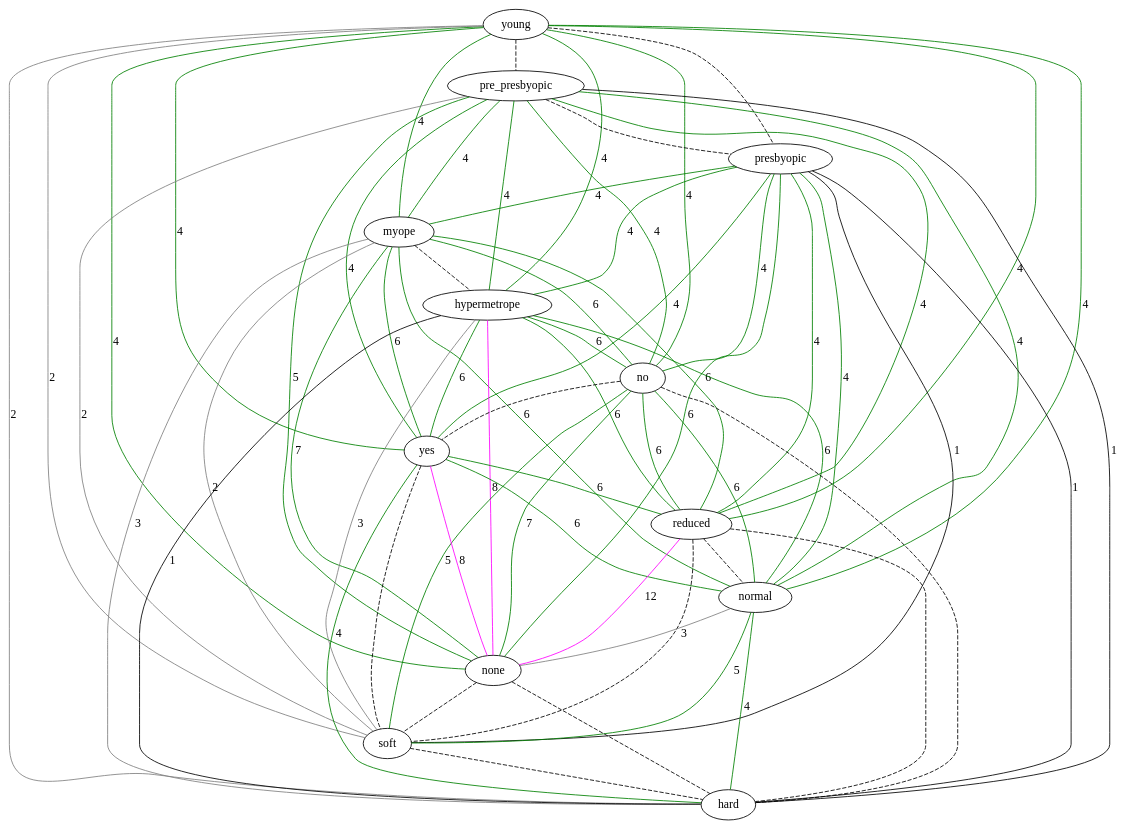
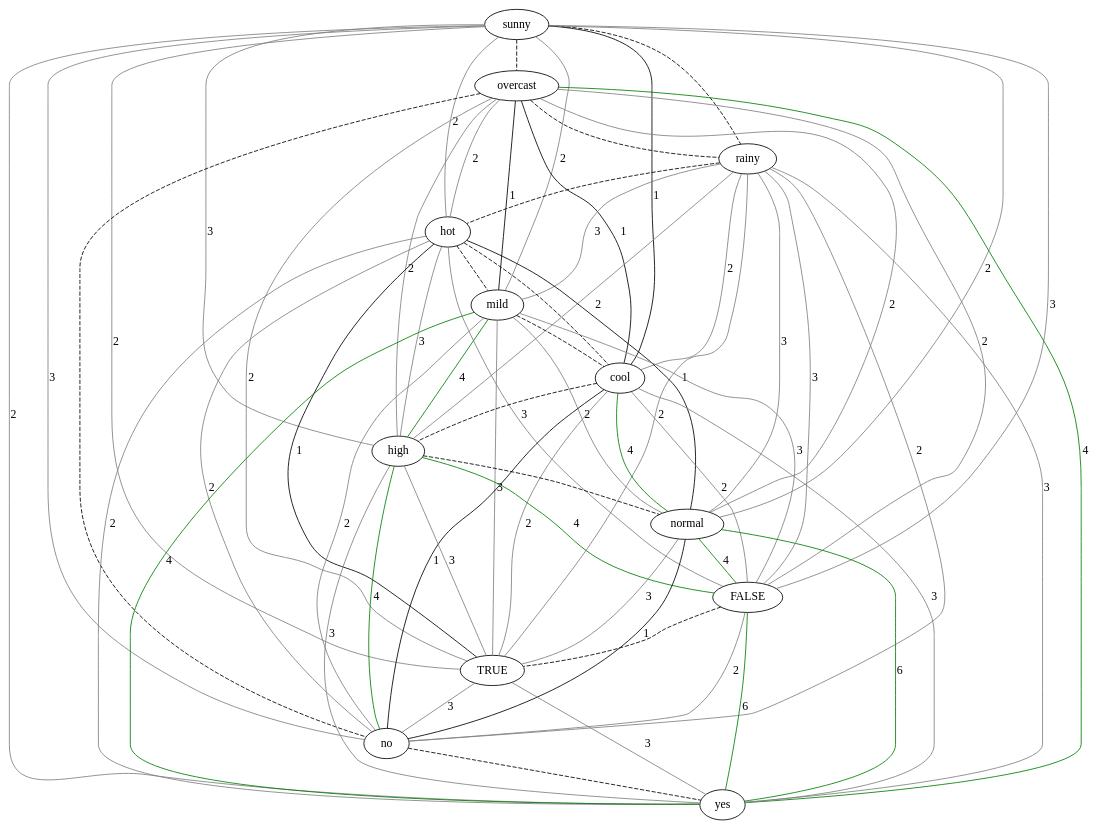
The diagram in src/extension/exponentialGraph.dot (lrodrin/TFG), drawn with Graphviz before and after one commit. The commit also changed 8 other files, not shown here.

```diff
--- a/src/extension/exponentialGraph.dot
+++ b/src/extension/exponentialGraph.dot
@@ -1,80 +1,80 @@
 strict graph "" {
-young;
-pre_presbyopic;
-presbyopic;
-myope;
-hypermetrope;
+sunny;
+overcast;
+rainy;
+hot;
+mild;
+cool;
+high;
+normal;
+FALSE;
+TRUE;
 no;
 yes;
-reduced;
-normal;
-none;
-soft;
-hard;
-young -- pre_presbyopic  [color=black, style=dashed];
-young -- presbyopic  [color=black, style=dashed];
-young -- myope  [color=green, label=4, style=solid];
-young -- hypermetrope  [color=green, label=4, style=solid];
-young -- no  [color=green, label=4, style=solid];
-young -- yes  [color=green, label=4, style=solid];
-young -- reduced  [color=green, label=4, style=solid];
-young -- normal  [color=green, label=4, style=solid];
-young -- none  [color=green, label=4, style=solid];
-young -- soft  [color=grey, label=2, style=solid];
-young -- hard  [color=grey, label=2, style=solid];
-pre_presbyopic -- presbyopic  [color=black, style=dashed];
-pre_presbyopic -- myope  [color=green, label=4, style=solid];
-pre_presbyopic -- hypermetrope  [color=green, label=4, style=solid];
-pre_presbyopic -- no  [color=green, label=4, style=solid];
-pre_presbyopic -- yes  [color=green, label=4, style=solid];
-pre_presbyopic -- reduced  [color=green, label=4, style=solid];
-pre_presbyopic -- normal  [color=green, label=4, style=solid];
-pre_presbyopic -- none  [color=green, label=5, style=solid];
-pre_presbyopic -- soft  [color=grey, label=2, style=solid];
-pre_presbyopic -- hard  [color=black, label=1, style=solid];
-presbyopic -- myope  [color=green, label=4, style=solid];
-presbyopic -- hypermetrope  [color=green, label=4, style=solid];
-presbyopic -- no  [color=green, label=4, style=solid];
-presbyopic -- yes  [color=green, label=4, style=solid];
-presbyopic -- reduced  [color=green, label=4, style=solid];
-presbyopic -- normal  [color=green, label=4, style=solid];
-presbyopic -- none  [color=green, label=6, style=solid];
-presbyopic -- soft  [color=black, label=1, style=solid];
-presbyopic -- hard  [color=black, label=1, style=solid];
-myope -- hypermetrope  [color=black, style=dashed];
-myope -- no  [color=green, label=6, style=solid];
-myope -- yes  [color=green, label=6, style=solid];
-myope -- reduced  [color=green, label=6, style=solid];
-myope -- normal  [color=green, label=6, style=solid];
-myope -- none  [color=green, label=7, style=solid];
-myope -- soft  [color=grey, label=2, style=solid];
-myope -- hard  [color=grey, label=3, style=solid];
-hypermetrope -- no  [color=green, label=6, style=solid];
-hypermetrope -- yes  [color=green, label=6, style=solid];
-hypermetrope -- reduced  [color=green, label=6, style=solid];
-hypermetrope -- normal  [color=green, label=6, style=solid];
-hypermetrope -- none  [color=magenta, label=8, style=solid];
-hypermetrope -- soft  [color=grey, label=3, style=solid];
-hypermetrope -- hard  [color=black, label=1, style=solid];
+sunny -- overcast  [color=black, style=dashed];
+sunny -- rainy  [color=black, style=dashed];
+sunny -- hot  [color=grey, label=2, style=solid];
+sunny -- mild  [color=grey, label=2, style=solid];
+sunny -- cool  [color=black, label=1, style=solid];
+sunny -- high  [color=grey, label=3, style=solid];
+sunny -- normal  [color=grey, label=2, style=solid];
+sunny -- FALSE  [color=grey, label=3, style=solid];
+sunny -- TRUE  [color=grey, label=2, style=solid];
+sunny -- no  [color=grey, label=3, style=solid];
+sunny -- yes  [color=grey, label=2, style=solid];
+overcast -- rainy  [color=black, style=dashed];
+overcast -- hot  [color=grey, label=2, style=solid];
+overcast -- mild  [color=black, label=1, style=solid];
+overcast -- cool  [color=black, label=1, style=solid];
+overcast -- high  [color=grey, label=2, style=solid];
+overcast -- normal  [color=grey, label=2, style=solid];
+overcast -- FALSE  [color=grey, label=2, style=solid];
+overcast -- TRUE  [color=grey, label=2, style=solid];
+overcast -- no  [color=black, style=dashed];
+overcast -- yes  [color=green, label=4, style=solid];
+rainy -- hot  [color=black, style=dashed];
+rainy -- mild  [color=grey, label=3, style=solid];
+rainy -- cool  [color=grey, label=2, style=solid];
+rainy -- high  [color=grey, label=2, style=solid];
+rainy -- normal  [color=grey, label=3, style=solid];
+rainy -- FALSE  [color=grey, label=3, style=solid];
+rainy -- TRUE  [color=grey, label=2, style=solid];
+rainy -- no  [color=grey, label=2, style=solid];
+rainy -- yes  [color=grey, label=3, style=solid];
+hot -- mild  [color=black, style=dashed];
+hot -- cool  [color=black, style=dashed];
+hot -- high  [color=grey, label=3, style=solid];
+hot -- normal  [color=black, label=1, style=solid];
+hot -- FALSE  [color=grey, label=3, style=solid];
+hot -- TRUE  [color=black, label=1, style=solid];
+hot -- no  [color=grey, label=2, style=solid];
+hot -- yes  [color=grey, label=2, style=solid];
+mild -- cool  [color=black, style=dashed];
+mild -- high  [color=green, label=4, style=solid];
+mild -- normal  [color=grey, label=2, style=solid];
+mild -- FALSE  [color=grey, label=3, style=solid];
+mild -- TRUE  [color=grey, label=3, style=solid];
+mild -- no  [color=grey, label=2, style=solid];
+mild -- yes  [color=green, label=4, style=solid];
+cool -- high  [color=black, style=dashed];
+cool -- normal  [color=green, label=4, style=solid];
+cool -- FALSE  [color=grey, label=2, style=solid];
+cool -- TRUE  [color=grey, label=2, style=solid];
+cool -- no  [color=black, label=1, style=solid];
+cool -- yes  [color=grey, label=3, style=solid];
+high -- normal  [color=black, style=dashed];
+high -- FALSE  [color=green, label=4, style=solid];
+high -- TRUE  [color=grey, label=3, style=solid];
+high -- no  [color=green, label=4, style=solid];
+high -- yes  [color=grey, label=3, style=solid];
+normal -- FALSE  [color=green, label=4, style=solid];
+normal -- TRUE  [color=grey, label=3, style=solid];
+normal -- no  [color=black, label=1, style=solid];
+normal -- yes  [color=green, label=6, style=solid];
+FALSE -- TRUE  [color=black, style=dashed];
+FALSE -- no  [color=grey, label=2, style=solid];
+FALSE -- yes  [color=green, label=6, style=solid];
+TRUE -- no  [color=grey, label=3, style=solid];
+TRUE -- yes  [color=grey, label=3, style=solid];
 no -- yes  [color=black, style=dashed];
-no -- reduced  [color=green, label=6, style=solid];
-no -- normal  [color=green, label=6, style=solid];
-no -- none  [color=green, label=7, style=solid];
-no -- soft  [color=green, label=5, style=solid];
-no -- hard  [color=black, style=dashed];
-yes -- reduced  [color=green, label=6, style=solid];
-yes -- normal  [color=green, label=6, style=solid];
-yes -- none  [color=magenta, label=8, style=solid];
-yes -- soft  [color=black, style=dashed];
-yes -- hard  [color=green, label=4, style=solid];
-reduced -- normal  [color=black, style=dashed];
-reduced -- none  [color=magenta, label=12, style=solid];
-reduced -- soft  [color=black, style=dashed];
-reduced -- hard  [color=black, style=dashed];
-normal -- none  [color=grey, label=3, style=solid];
-normal -- soft  [color=green, label=5, style=solid];
-normal -- hard  [color=green, label=4, style=solid];
-none -- soft  [color=black, style=dashed];
-none -- hard  [color=black, style=dashed];
-soft -- hard  [color=black, style=dashed];
 }
```
